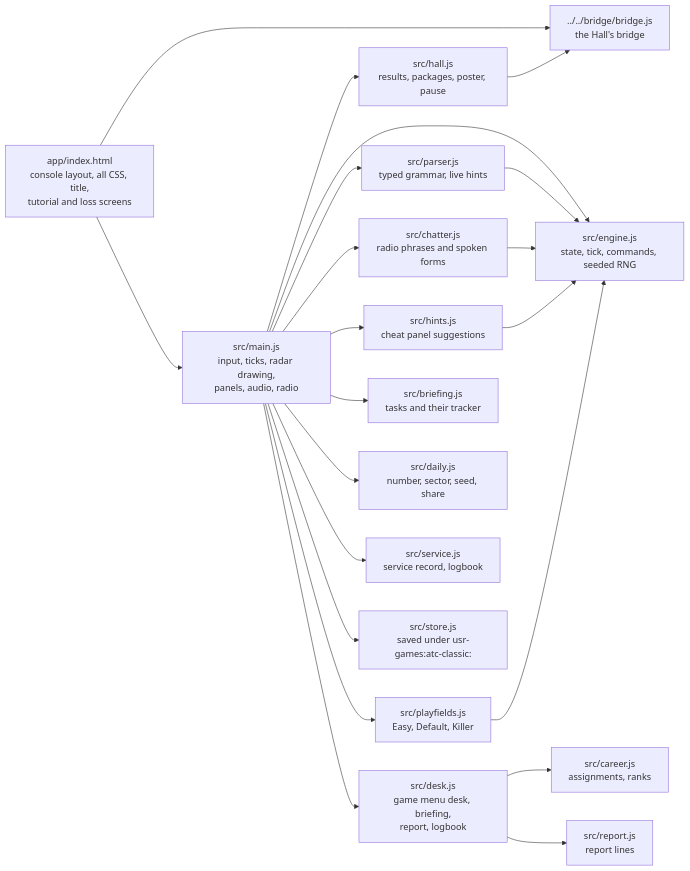
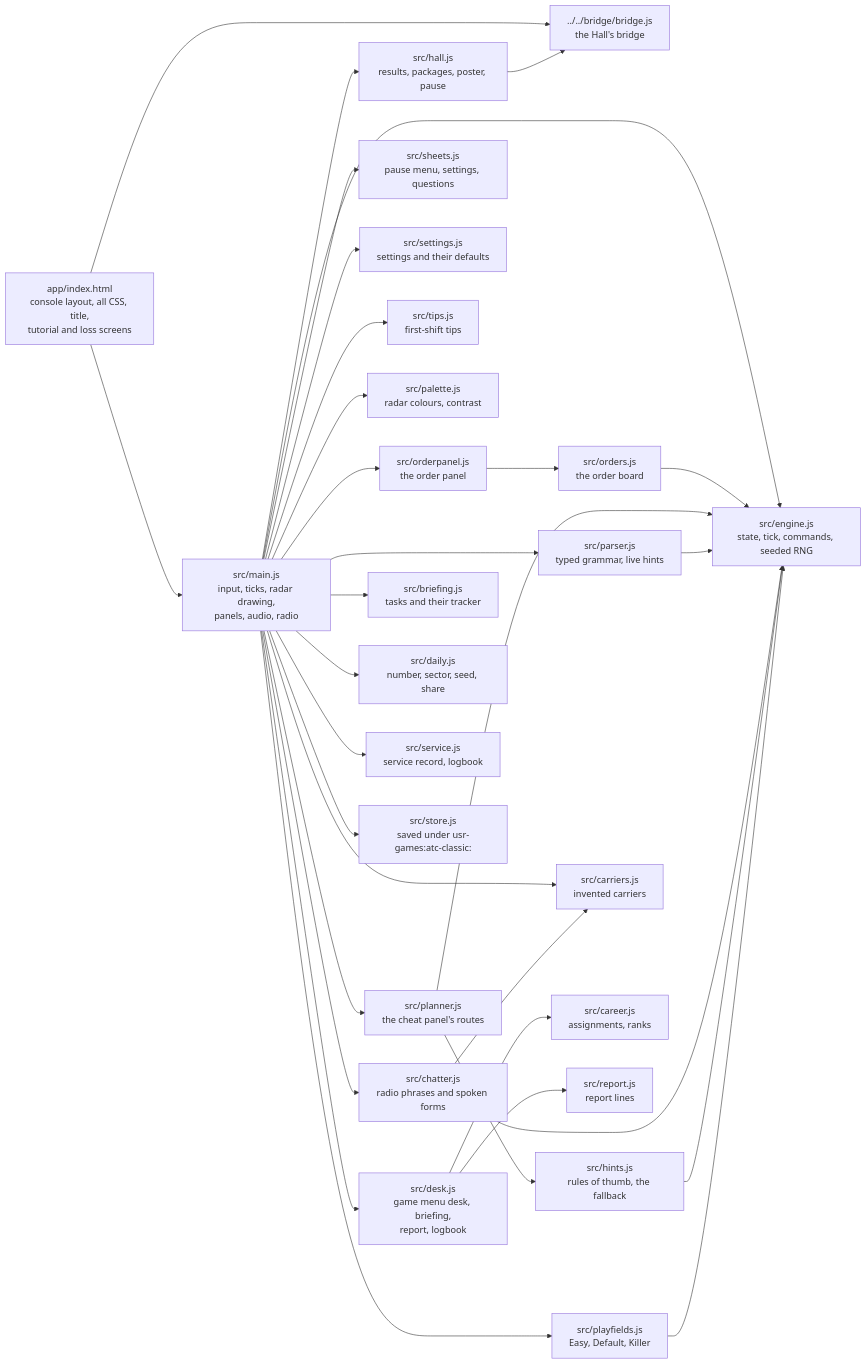
Before and after one commit to agunawijaya/usr-games-reborn: the first of 3 diagrams in games/atc-classic/docs/ARCHITECTURE.md, drawn with Mermaid. The commit also changed other lines of this file and 165 other files, not shown here.

````diff
--- a/games/atc-classic/docs/ARCHITECTURE.md
+++ b/games/atc-classic/docs/ARCHITECTURE.md
@@ -17,23 +20,34 @@
 ```mermaid
 flowchart LR
   html["app/index.html<br/>console layout, all CSS, title,<br/>tutorial and loss screens"] --> bridge["../../bridge/bridge.js<br/>the Hall's bridge"]
   html --> main["src/main.js<br/>input, ticks, radar drawing,<br/>panels, audio, radio"]
   main --> engine["src/engine.js<br/>state, tick, commands, seeded RNG"]
   main --> playfields["src/playfields.js<br/>Easy, Default, Killer"]
   main --> parser["src/parser.js<br/>typed grammar, live hints"]
   main --> chatter["src/chatter.js<br/>radio phrases and spoken forms"]
-  main --> hints["src/hints.js<br/>cheat panel suggestions"]
+  main --> planner["src/planner.js<br/>the cheat panel's routes"]
+  planner --> hints["src/hints.js<br/>rules of thumb, the fallback"]
+  main --> orderpanel["src/orderpanel.js<br/>the order panel"]
+  orderpanel --> orders["src/orders.js<br/>the order board"]
+  main --> sheets["src/sheets.js<br/>pause menu, settings, questions"]
+  main --> settings["src/settings.js<br/>settings and their defaults"]
+  main --> tips["src/tips.js<br/>first-shift tips"]
+  main --> carriers["src/carriers.js<br/>invented carriers"]
+  main --> palette["src/palette.js<br/>radar colours, contrast"]
+  chatter --> carriers
+  orders --> engine
+  planner --> engine
   main --> hall["src/hall.js<br/>results, packages, poster, pause"]
   main --> desk["src/desk.js<br/>game menu desk, briefing,<br/>report, logbook"]
   desk --> career["src/career.js<br/>assignments, ranks"]
   desk --> report["src/report.js<br/>report lines"]
   main --> briefing["src/briefing.js<br/>tasks and their tracker"]
   main --> daily["src/daily.js<br/>number, sector, seed, share"]
   main --> service["src/service.js<br/>service record, logbook"]
   main --> store["src/store.js<br/>saved under usr-games:atc-classic:"]
   hall --> bridge
   parser --> engine
   chatter --> engine
   hints --> engine
   playfields --> engine
 ```
````
